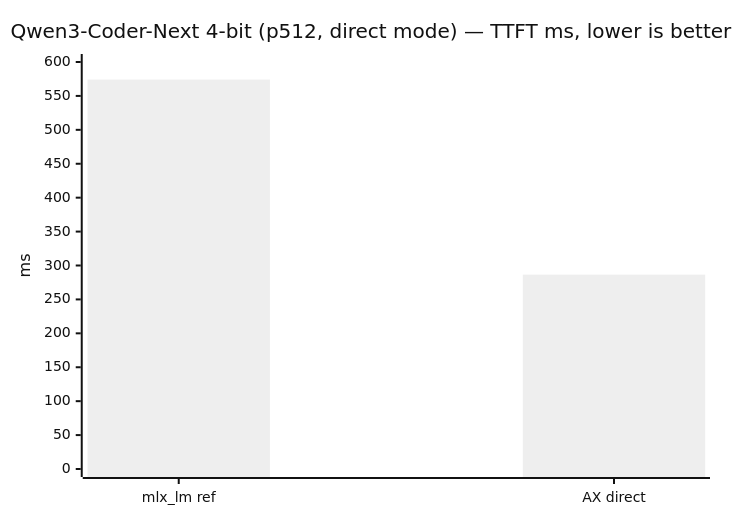
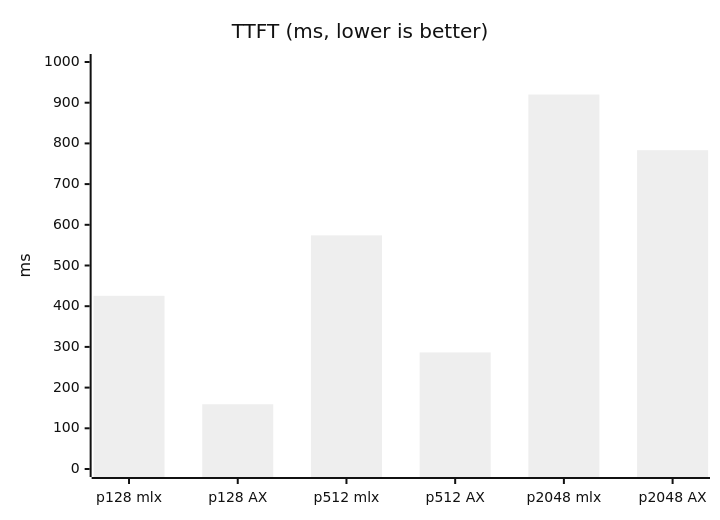
The third of 5 diagrams in benchmarks/results/mlx-inference/2026-06-13-qwen3-coder-next-prefill-probe/README.md (defai-digital/ax-engine), drawn with Mermaid (neutral theme) before and after one commit. The commit also changed other lines of this file and 3 other files, not shown here.

First line of the commit message:
Complete Qwen3-Coder-Next direct-mode benchmark: add p128 and p2048

````diff
--- a/benchmarks/results/mlx-inference/2026-06-13-qwen3-coder-next-prefill-probe/README.md
+++ b/benchmarks/results/mlx-inference/2026-06-13-qwen3-coder-next-prefill-probe/README.md
@@ -50,10 +61,10 @@
 ```mermaid
 ---
 config: {"xychart-beta": {"titleFontSize": 16}}
 ---
 xychart-beta
-    title "Qwen3-Coder-Next 4-bit (p512, direct mode) — TTFT ms, lower is better"
-    x-axis ["mlx_lm ref", "AX direct"]
-    y-axis "ms" 0 --> 600
-    bar [574.1, 286.5]
+    title "TTFT (ms, lower is better)"
+    x-axis ["p128 mlx", "p128 AX", "p512 mlx", "p512 AX", "p2048 mlx", "p2048 AX"]
+    y-axis "ms" 0 --> 1000
+    bar [425.5, 159.1, 574.1, 286.5, 920.1, 783.3]
 ```
````
